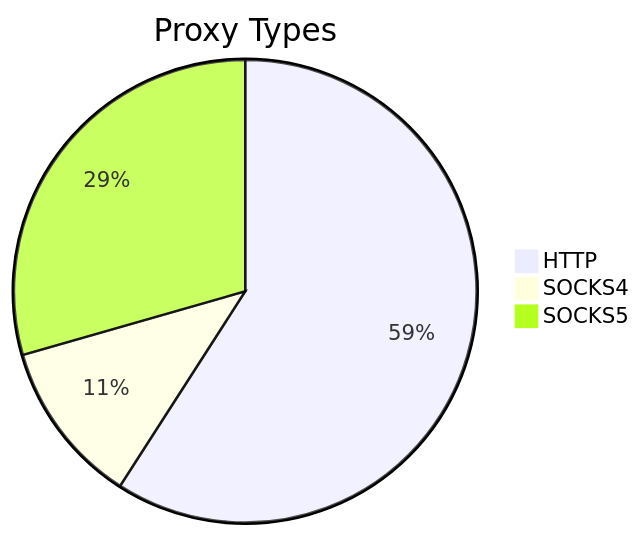
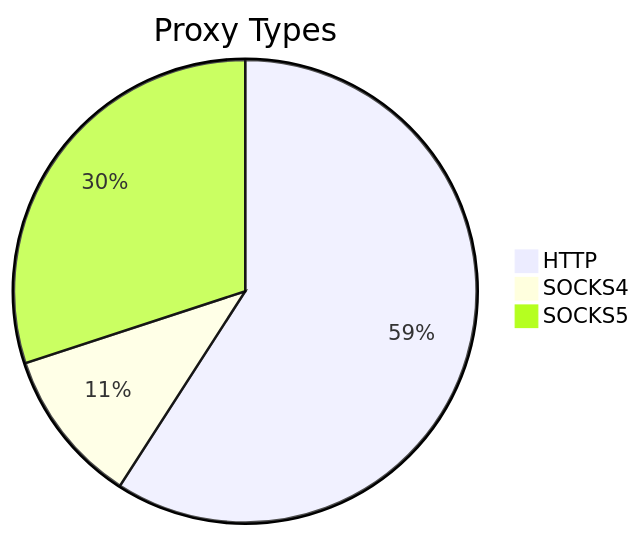
Before and after one commit to stormsia/proxy-list: the first of 2 diagrams in README.md, drawn with Mermaid. The commit also changed other lines of this file, not shown here.

````diff
--- a/README.md
+++ b/README.md
@@ -21,6 +21,6 @@
 ```mermaid
 pie title Proxy Types
-    "HTTP" : 273
-    "SOCKS4" : 53
-    "SOCKS5" : 136
+    "HTTP" : 185
+    "SOCKS4" : 34
+    "SOCKS5" : 94
 ```
````
